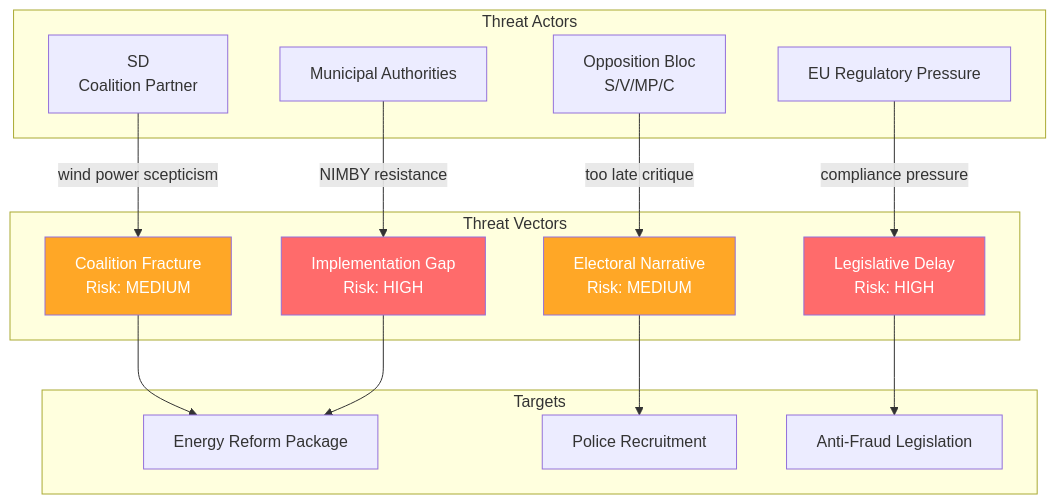
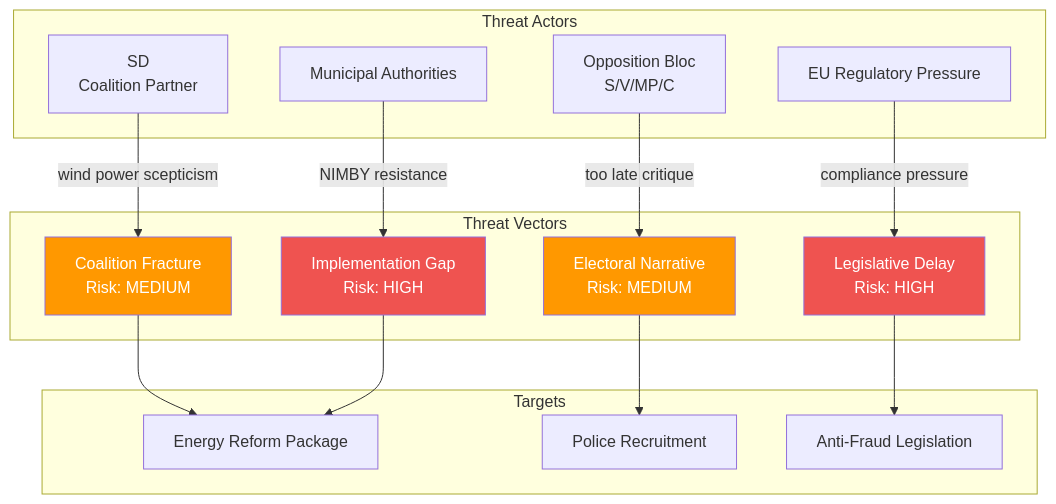
Before and after one commit to Hack23/riksdagsmonitor: the diagram in analysis/daily/2026-04-15/propositions/threat-analysis.md, drawn with Mermaid. The commit also changed 785 other files, not shown here.

First line of the commit message:
Normalize mermaid colors across 786 analysis artifacts to ISMS Style Guide palette

````diff
--- a/analysis/daily/2026-04-15/propositions/threat-analysis.md
+++ b/analysis/daily/2026-04-15/propositions/threat-analysis.md
@@ -15,32 +15,32 @@
 ```mermaid
 graph TB
     subgraph "Threat Actors"
         OP[Opposition Bloc<br/>S/V/MP/C]
         SD[SD<br/>Coalition Partner]
         MUN[Municipal Authorities]
         EU[EU Regulatory Pressure]
     end
     subgraph "Threat Vectors"
         TV1[Legislative Delay<br/>Risk: HIGH]
         TV2[Coalition Fracture<br/>Risk: MEDIUM]
         TV3[Implementation Gap<br/>Risk: HIGH]
         TV4[Electoral Narrative<br/>Risk: MEDIUM]
     end
     subgraph "Targets"
         T1[Energy Reform Package]
         T2[Police Recruitment]
         T3[Anti-Fraud Legislation]
     end
     OP -->|"too late" critique| TV4
     SD -->|wind power scepticism| TV2
     MUN -->|NIMBY resistance| TV3
     EU -->|compliance pressure| TV1
     TV4 --> T2
     TV2 --> T1
     TV3 --> T1
     TV1 --> T3
-    style TV1 fill:#ff6b6b,color:#fff
-    style TV2 fill:#ffa726,color:#fff
-    style TV3 fill:#ff6b6b,color:#fff
-    style TV4 fill:#ffa726,color:#fff
+    style TV1 fill:#EF5350,color:#FFFFFF
+    style TV2 fill:#FF9800,color:#FFFFFF
+    style TV3 fill:#EF5350,color:#FFFFFF
+    style TV4 fill:#FF9800,color:#FFFFFF
 ```
````
